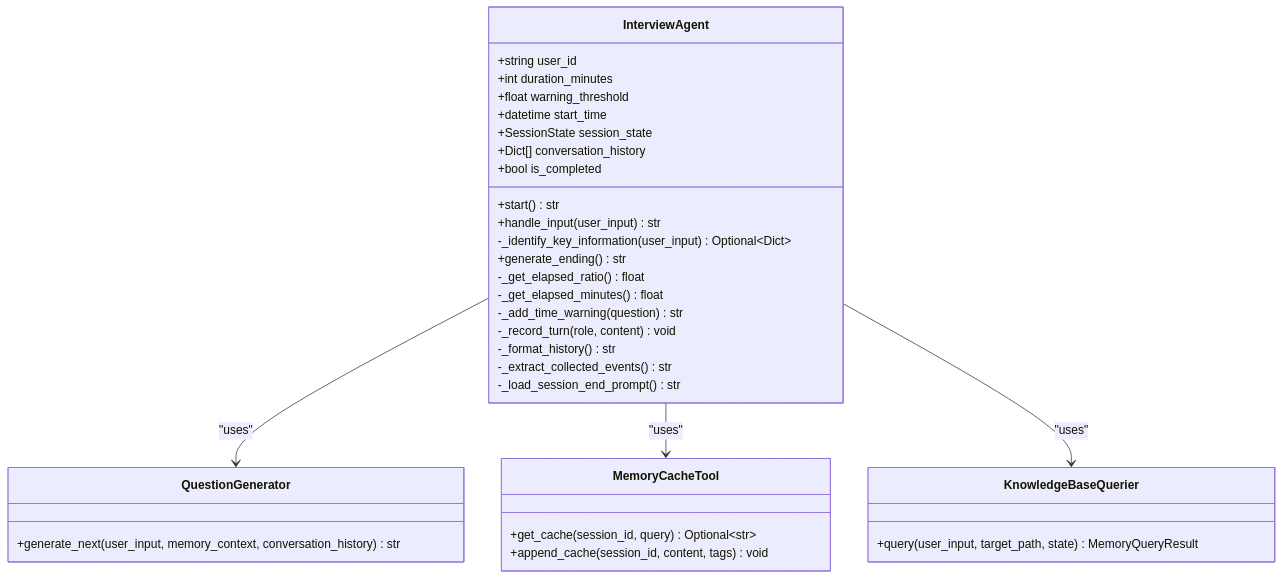
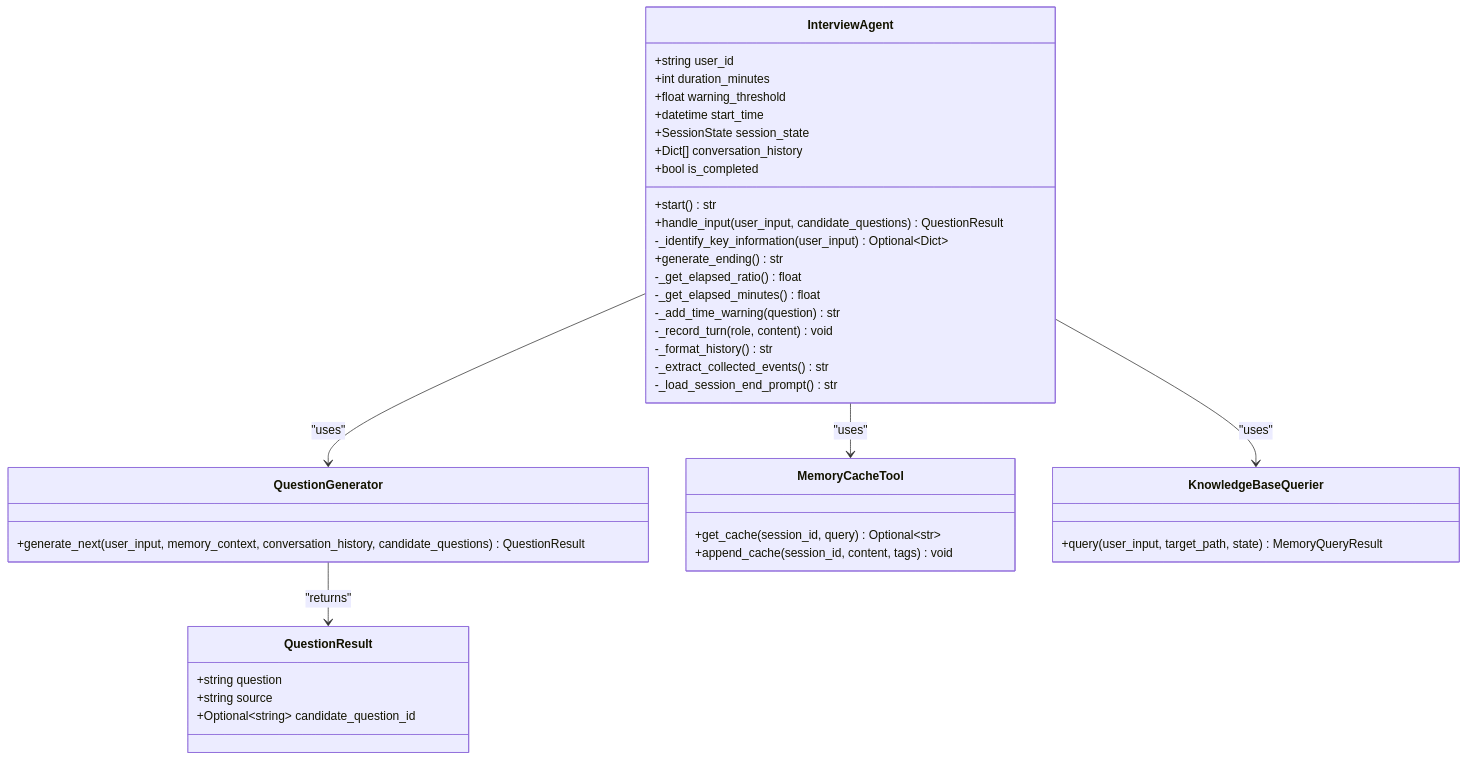
Before and after one commit to WangYiKai1017/zizuan: the third of 8 diagrams in .qoder/repowiki/en/content/Core Components/Interview Agent.md, drawn with Mermaid. The commit also changed other lines of this file and 31 other files, not shown here.

````diff
--- a/.qoder/repowiki/en/content/Core Components/Interview Agent.md
+++ b/.qoder/repowiki/en/content/Core Components/Interview Agent.md
@@ -180,36 +235,42 @@
 ```mermaid
 classDiagram
 class InterviewAgent {
 +string user_id
 +int duration_minutes
 +float warning_threshold
 +datetime start_time
 +SessionState session_state
 +Dict[] conversation_history
 +bool is_completed
 +start() str
-+handle_input(user_input) str
++handle_input(user_input, candidate_questions) QuestionResult
 -_identify_key_information(user_input) Optional~Dict~
 +generate_ending() str
 -_get_elapsed_ratio() float
 -_get_elapsed_minutes() float
 -_add_time_warning(question) str
 -_record_turn(role, content) void
 -_format_history() str
 -_extract_collected_events() str
 -_load_session_end_prompt() str
 }
 class QuestionGenerator {
-+generate_next(user_input, memory_context, conversation_history) str
++generate_next(user_input, memory_context, conversation_history, candidate_questions) QuestionResult
+}
+class QuestionResult {
++string question
++string source
++Optional~string~ candidate_question_id
 }
 class MemoryCacheTool {
 +get_cache(session_id, query) Optional~str~
 +append_cache(session_id, content, tags) void
 }
 class KnowledgeBaseQuerier {
 +query(user_input, target_path, state) MemoryQueryResult
 }
 InterviewAgent --> QuestionGenerator : "uses"
 InterviewAgent --> MemoryCacheTool : "uses"
 InterviewAgent --> KnowledgeBaseQuerier : "uses"
+QuestionGenerator --> QuestionResult : "returns"
 ```
````
